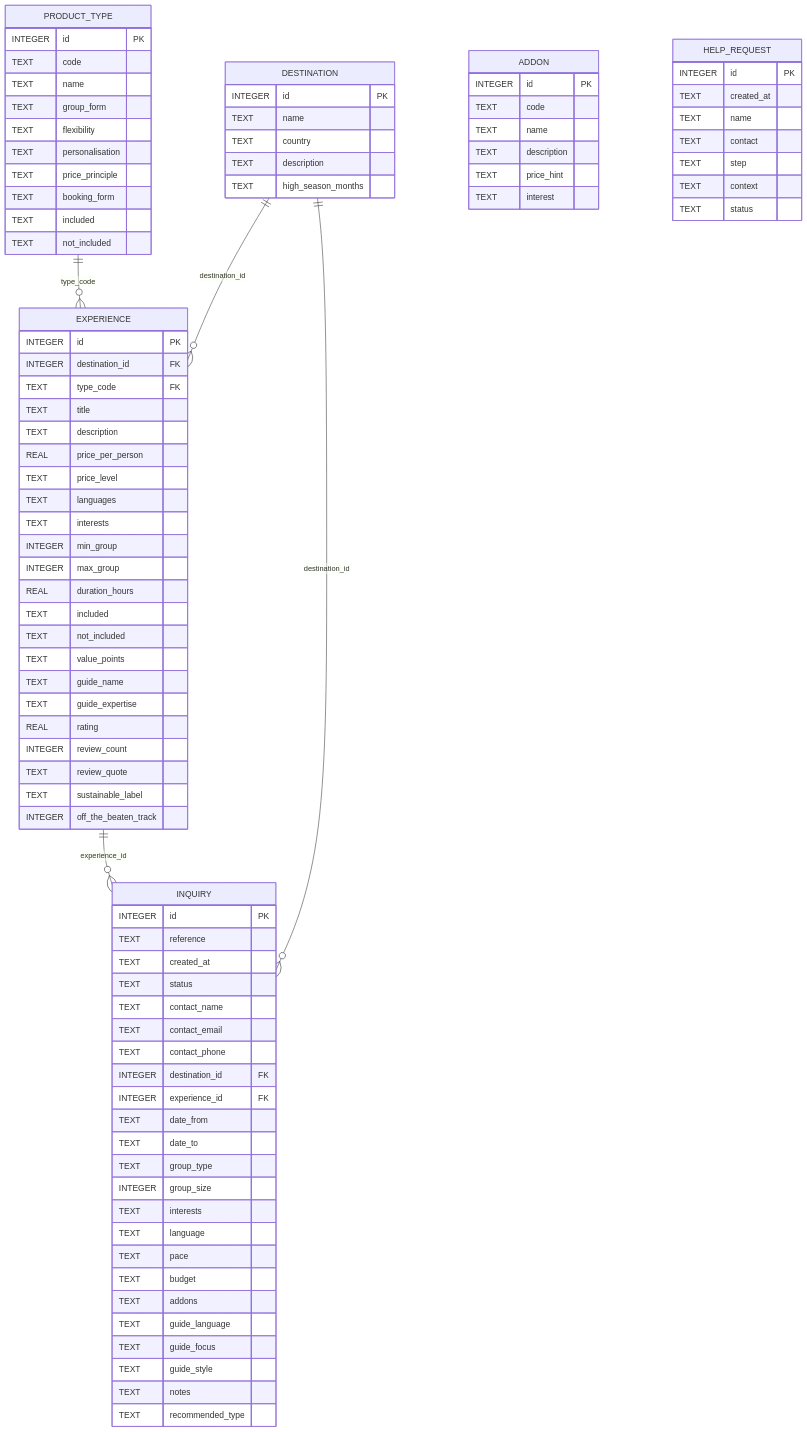
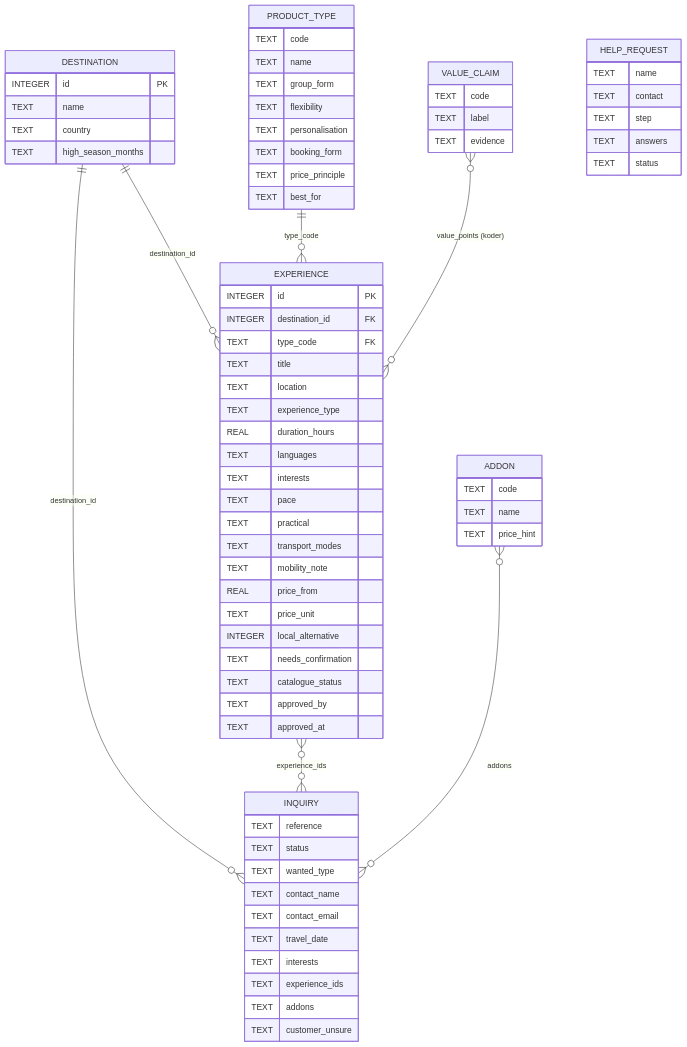
One commit to EKmiwn/e2026-3-sem-A changed the first of 2 diagrams in 3-Amitylux/DOCS.md. Above: the diagram before and after it, drawn with Mermaid. The commit also changed other lines of this file and 38 other files, not shown here.

````diff
--- a/3-Amitylux/DOCS.md
+++ b/3-Amitylux/DOCS.md
@@ -58,92 +71,76 @@
 ```mermaid
 erDiagram
+    DESTINATION ||--o{ EXPERIENCE : "destination_id"
     PRODUCT_TYPE ||--o{ EXPERIENCE : "type_code"
-    DESTINATION ||--o{ EXPERIENCE : "destination_id"
-    EXPERIENCE ||--o{ INQUIRY : "experience_id"
+    VALUE_CLAIM }o--o{ EXPERIENCE : "value_points (koder)"
     DESTINATION ||--o{ INQUIRY : "destination_id"
+    EXPERIENCE }o--o{ INQUIRY : "experience_ids"
+    ADDON }o--o{ INQUIRY : "addons"
     DESTINATION {
         INTEGER id PK
         TEXT name
         TEXT country
-        TEXT description
         TEXT high_season_months
     }
     PRODUCT_TYPE {
-        INTEGER id PK
         TEXT code
         TEXT name
         TEXT group_form
         TEXT flexibility
         TEXT personalisation
+        TEXT booking_form
         TEXT price_principle
-        TEXT booking_form
-        TEXT included
-        TEXT not_included
+        TEXT best_for
     }
     EXPERIENCE {
         INTEGER id PK
         INTEGER destination_id FK
         TEXT type_code FK
         TEXT title
-        TEXT description
-        REAL price_per_person
-        TEXT price_level
+        TEXT location
+        TEXT experience_type
+        REAL duration_hours
         TEXT languages
         TEXT interests
-        INTEGER min_group
-        INTEGER max_group
-        REAL duration_hours
-        TEXT included
-        TEXT not_included
-        TEXT value_points
-        TEXT guide_name
-        TEXT guide_expertise
-        REAL rating
-        INTEGER review_count
-        TEXT review_quote
-        TEXT sustainable_label
-        INTEGER off_the_beaten_track
+        TEXT pace
+        TEXT practical
+        TEXT transport_modes
+        TEXT mobility_note
+        REAL price_from
+        TEXT price_unit
+        INTEGER local_alternative
+        TEXT needs_confirmation
+        TEXT catalogue_status
+        TEXT approved_by
+        TEXT approved_at
     }
     ADDON {
-        INTEGER id PK
         TEXT code
         TEXT name
-        TEXT description
         TEXT price_hint
-        TEXT interest
+    }
+    VALUE_CLAIM {
+        TEXT code
+        TEXT label
+        TEXT evidence
     }
     INQUIRY {
-        INTEGER id PK
         TEXT reference
-        TEXT created_at
         TEXT status
+        TEXT wanted_type
         TEXT contact_name
         TEXT contact_email
-        TEXT contact_phone
-        INTEGER destination_id FK
-        INTEGER experience_id FK
-        TEXT date_from
-        TEXT date_to
-        TEXT group_type
-        INTEGER group_size
+        TEXT travel_date
         TEXT interests
-        TEXT language
-        TEXT pace
-        TEXT budget
+        TEXT experience_ids
         TEXT addons
-        TEXT guide_language
-        TEXT guide_focus
-        TEXT guide_style
-        TEXT notes
-        TEXT recommended_type
+        TEXT customer_unsure
     }
     HELP_REQUEST {
-        INTEGER id PK
-        TEXT created_at
         TEXT name
         TEXT contact
         TEXT step
-        TEXT context
+        TEXT answers
         TEXT status
     }
 ```
````
